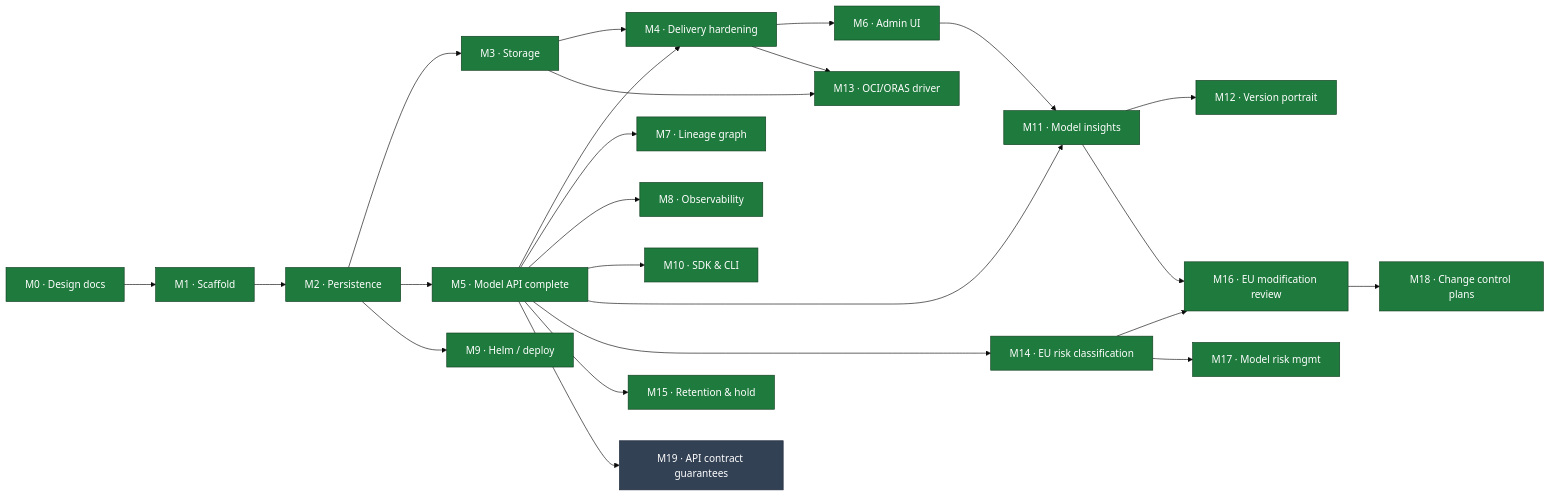
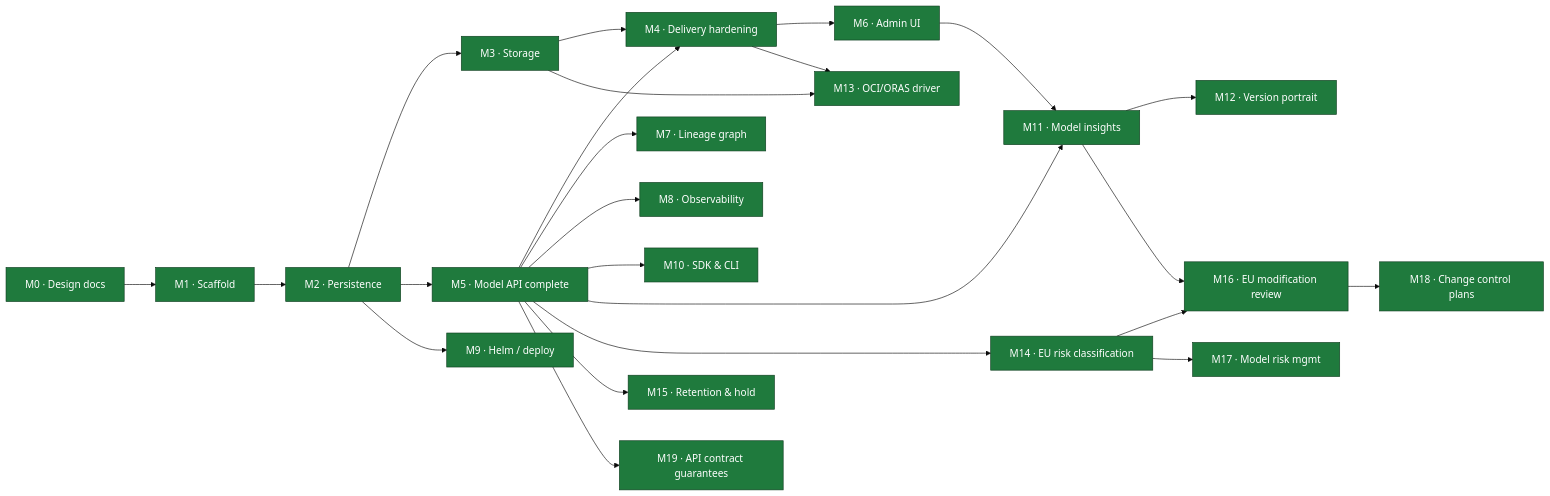
One commit to proseria-research/lineage changed the diagram in MILESTONES.md. Above: the diagram before and after it, drawn with Mermaid (base theme). The commit also changed other lines of this file and 1 other file, not shown here.

````diff
--- a/MILESTONES.md
+++ b/MILESTONES.md
@@ -26,36 +26,35 @@
 ```mermaid
 flowchart LR
     M0["M0 · Design docs"] --> M1["M1 · Scaffold"]
     M1 --> M2["M2 · Persistence"]
     M2 --> M3["M3 · Storage"]
     M2 --> M5["M5 · Model API complete"]
     M3 --> M4["M4 · Delivery hardening"]
     M5 --> M4
     M5 --> M7["M7 · Lineage graph"]
     M4 --> M6["M6 · Admin UI"]
     M5 --> M8["M8 · Observability"]
     M2 --> M9["M9 · Helm / deploy"]
     M5 --> M10["M10 · SDK & CLI"]
     M5 --> M11["M11 · Model insights"]
     M6 --> M11
     M11 --> M12["M12 · Version portrait"]
 
     M3 --> M13["M13 · OCI/ORAS driver"]
     M4 --> M13
 
     M5 --> M14["M14 · EU risk classification"]
     M5 --> M15["M15 · Retention &amp; hold"]
     M14 --> M16["M16 · EU modification review"]
     M11 --> M16
 
     M14 --> M17["M17 · Model risk mgmt"]
     M16 --> M18["M18 · Change control plans"]
 
     M5 --> M19["M19 · API contract guarantees"]
 
     classDef done fill:#1f7a3d,stroke:#0d3d1e,color:#fff;
     classDef active fill:#b45309,stroke:#7c3a06,color:#fff;
     classDef todo fill:#334155,stroke:#1e293b,color:#fff;
-    class M0,M1,M2,M3,M4,M5,M6,M7,M8,M9,M10,M11,M12,M13,M14,M15,M16,M17,M18 done;
-    class M19 todo;
+    class M0,M1,M2,M3,M4,M5,M6,M7,M8,M9,M10,M11,M12,M13,M14,M15,M16,M17,M18,M19 done;
 ```
````
